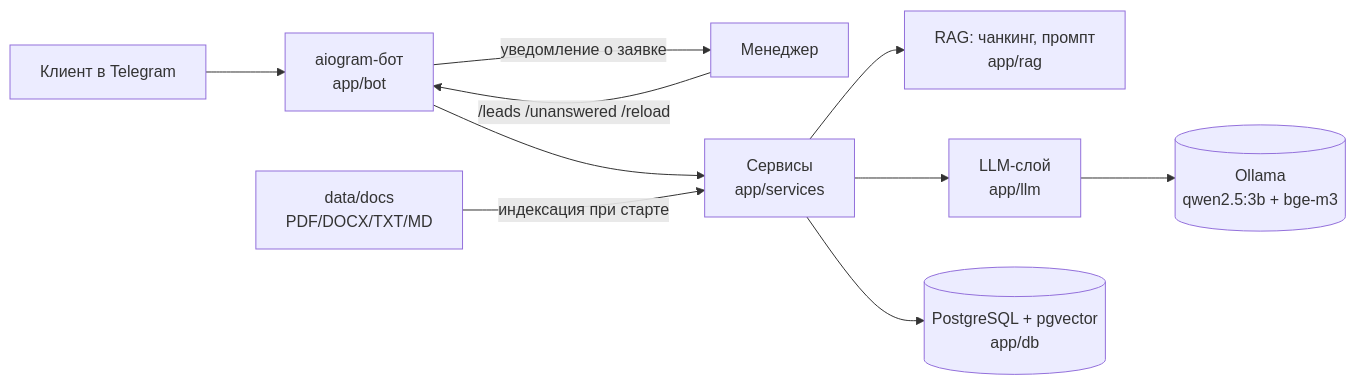
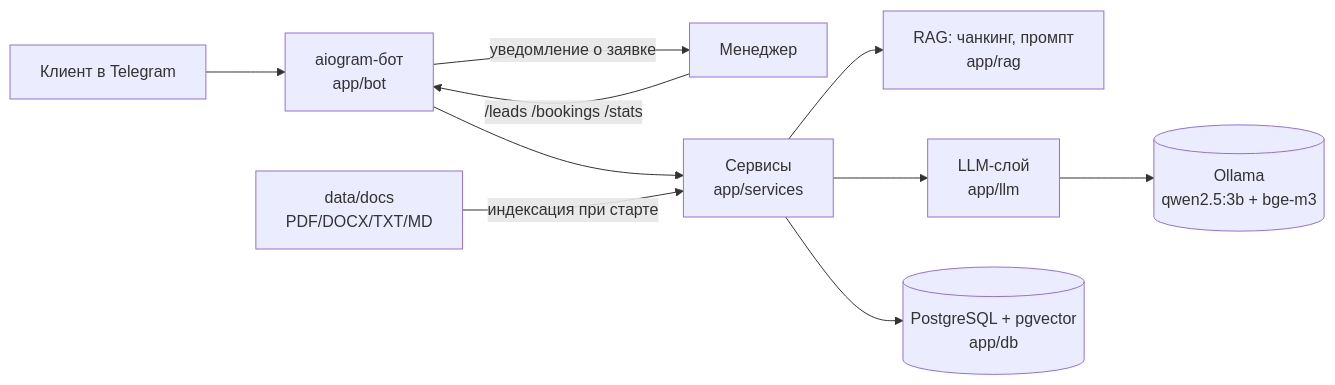
Before and after one commit to vadik12555/ai-consultant: the diagram in README.md, drawn with Mermaid. The commit also changed other lines of this file, not shown here.

````diff
--- a/README.md
+++ b/README.md
@@ -30,12 +57,12 @@
 ```mermaid
 flowchart LR
     U[Клиент в Telegram] --> B[aiogram-бот<br/>app/bot]
-    M[Менеджер] -- /leads /unanswered /reload --> B
+    M[Менеджер] -- /leads /bookings /stats --> B
     B --> S[Сервисы<br/>app/services]
     S --> R[RAG: чанкинг, промпт<br/>app/rag]
     S --> L[LLM-слой<br/>app/llm]
     L --> O[(Ollama<br/>qwen2.5:3b + bge-m3)]
     S --> D[(PostgreSQL + pgvector<br/>app/db)]
     F[data/docs<br/>PDF/DOCX/TXT/MD] -- индексация при старте --> S
     B -- уведомление о заявке --> M
 ```
````
